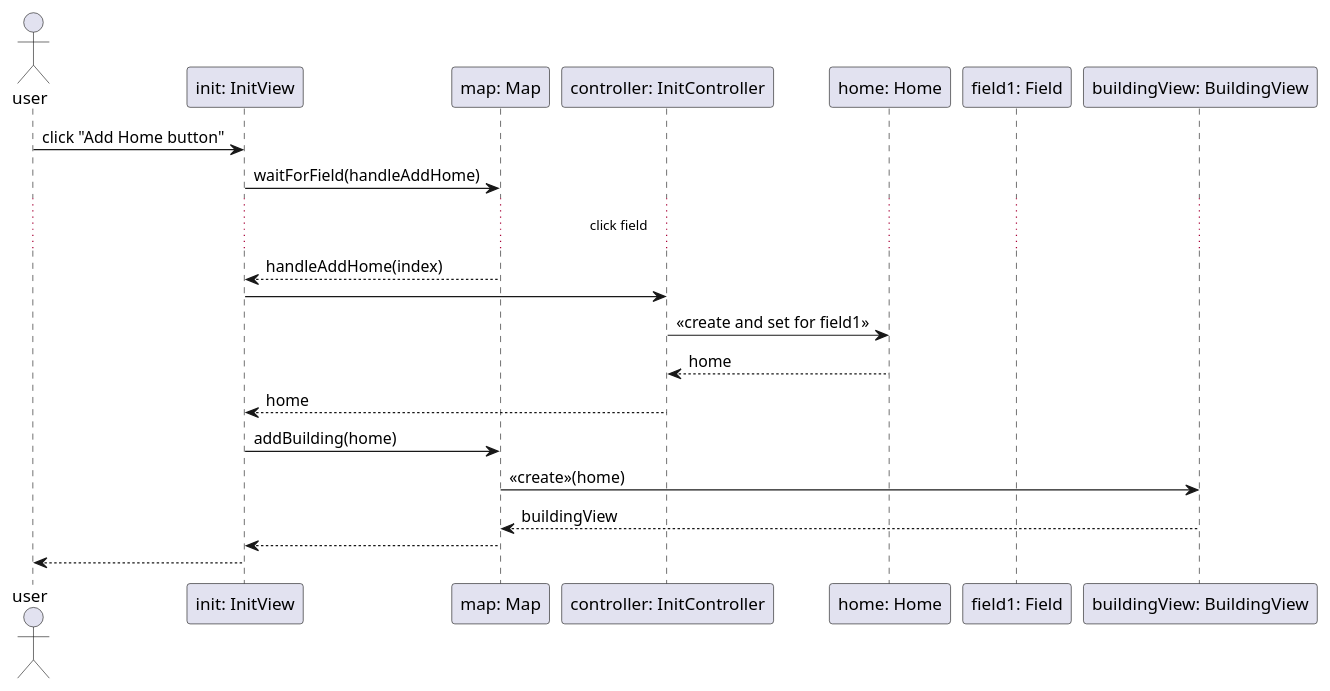
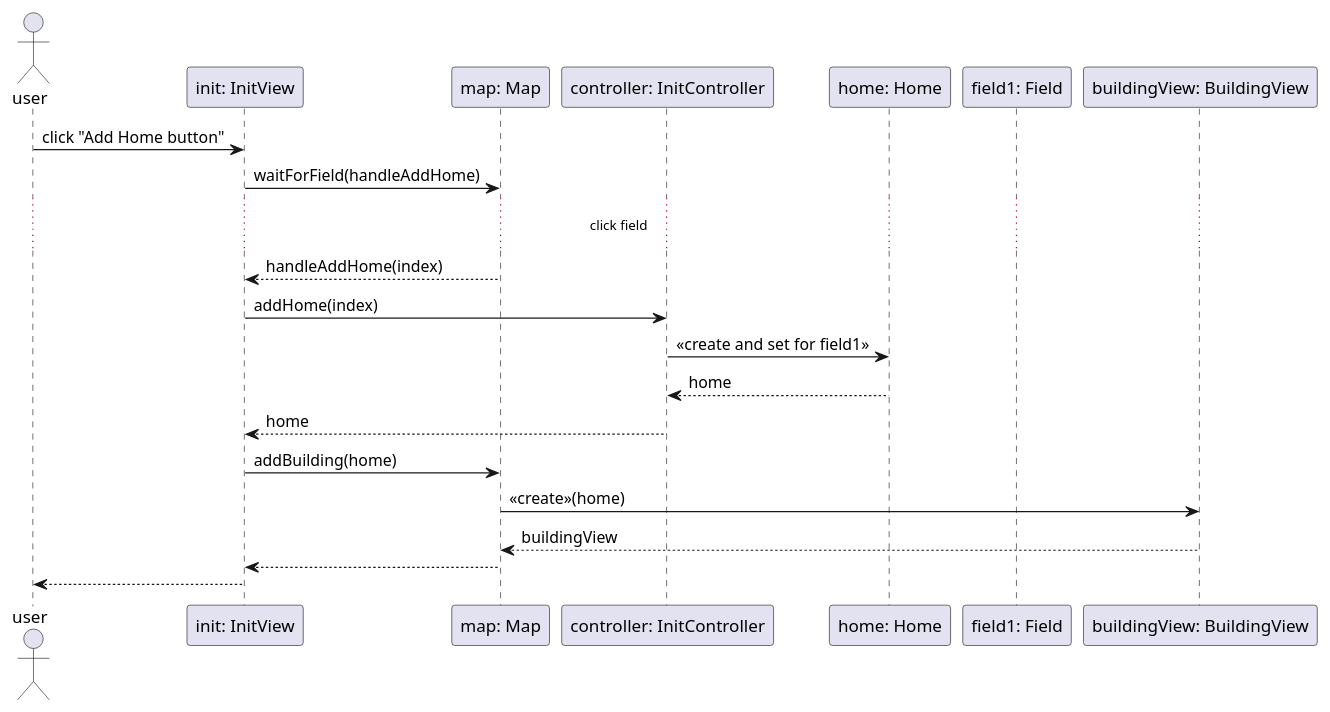
One commit to uhrinandor/spring changed the diagram in docs/graphics/sequence/init/addHome.plantuml. Above: the diagram before and after it, drawn with PlantUML. The commit also changed 7 other files, not shown here.

```diff
--- a/docs/graphics/sequence/init/addHome.plantuml
+++ b/docs/graphics/sequence/init/addHome.plantuml
@@ -1,28 +1,28 @@
 @startuml
 
 actor "user" as user
 participant "init: InitView" as init
 participant "map: Map" as map
 participant "controller: InitController" as controller
 participant "home: Home" as 1
 participant "field1: Field" as field1
 participant "buildingView: BuildingView" as buildingView
 
 user -> init: click "Add Home button"
 init -> map: waitForField(handleAddHome)
    ... click field...
 map --> init: handleAddHome(index)
 
-init -> controller:
+init -> controller: addHome(index)
 controller -> 1: <<create and set for field1>>
 1 --> controller: home
 
 controller --> init: home
 
 init -> map: addBuilding(home)
 map -> buildingView: <<create>>(home)
 buildingView --> map: buildingView
 map --> init:
 init --> user:
 
 @enduml
```
